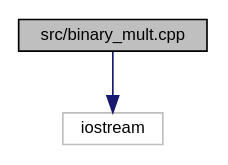
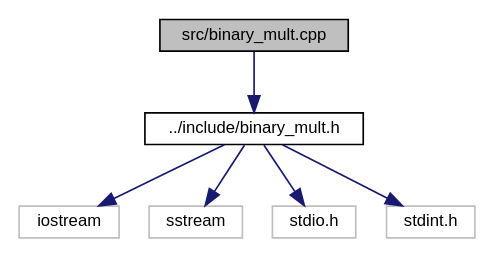
The diagram in docs/binary__mult_8cpp__incl.dot (Eric-Durr/PRCT05-SNOW3G_AES_MULT), drawn with Graphviz before and after one commit. The commit also changed 106 other files, not shown here.

```diff
--- a/docs/binary__mult_8cpp__incl.dot
+++ b/docs/binary__mult_8cpp__incl.dot
@@ -1,9 +1,16 @@
 digraph "src/binary_mult.cpp"
 {
- // LATEX_PDF_SIZE
   edge [fontname="Helvetica",fontsize="10",labelfontname="Helvetica",labelfontsize="10"];
   node [fontname="Helvetica",fontsize="10",shape=record];
-  Node1 [label="src/binary_mult.cpp",height=0.2,width=0.4,color="black", fillcolor="grey75", style="filled", fontcolor="black",tooltip=" "];
+  Node0 [label="src/binary_mult.cpp",height=0.2,width=0.4,color="black", fillcolor="grey75", style="filled", fontcolor="black"];
+  Node0 -> Node1 [color="midnightblue",fontsize="10",style="solid",fontname="Helvetica"];
+  Node1 [label="../include/binary_mult.h",height=0.2,width=0.4,color="black", fillcolor="white", style="filled",URL="$binary__mult_8h.html"];
   Node1 -> Node2 [color="midnightblue",fontsize="10",style="solid",fontname="Helvetica"];
-  Node2 [label="iostream",height=0.2,width=0.4,color="grey75", fillcolor="white", style="filled",tooltip=" "];
+  Node2 [label="iostream",height=0.2,width=0.4,color="grey75", fillcolor="white", style="filled"];
+  Node1 -> Node3 [color="midnightblue",fontsize="10",style="solid",fontname="Helvetica"];
+  Node3 [label="sstream",height=0.2,width=0.4,color="grey75", fillcolor="white", style="filled"];
+  Node1 -> Node4 [color="midnightblue",fontsize="10",style="solid",fontname="Helvetica"];
+  Node4 [label="stdio.h",height=0.2,width=0.4,color="grey75", fillcolor="white", style="filled"];
+  Node1 -> Node5 [color="midnightblue",fontsize="10",style="solid",fontname="Helvetica"];
+  Node5 [label="stdint.h",height=0.2,width=0.4,color="grey75", fillcolor="white", style="filled"];
 }
```
